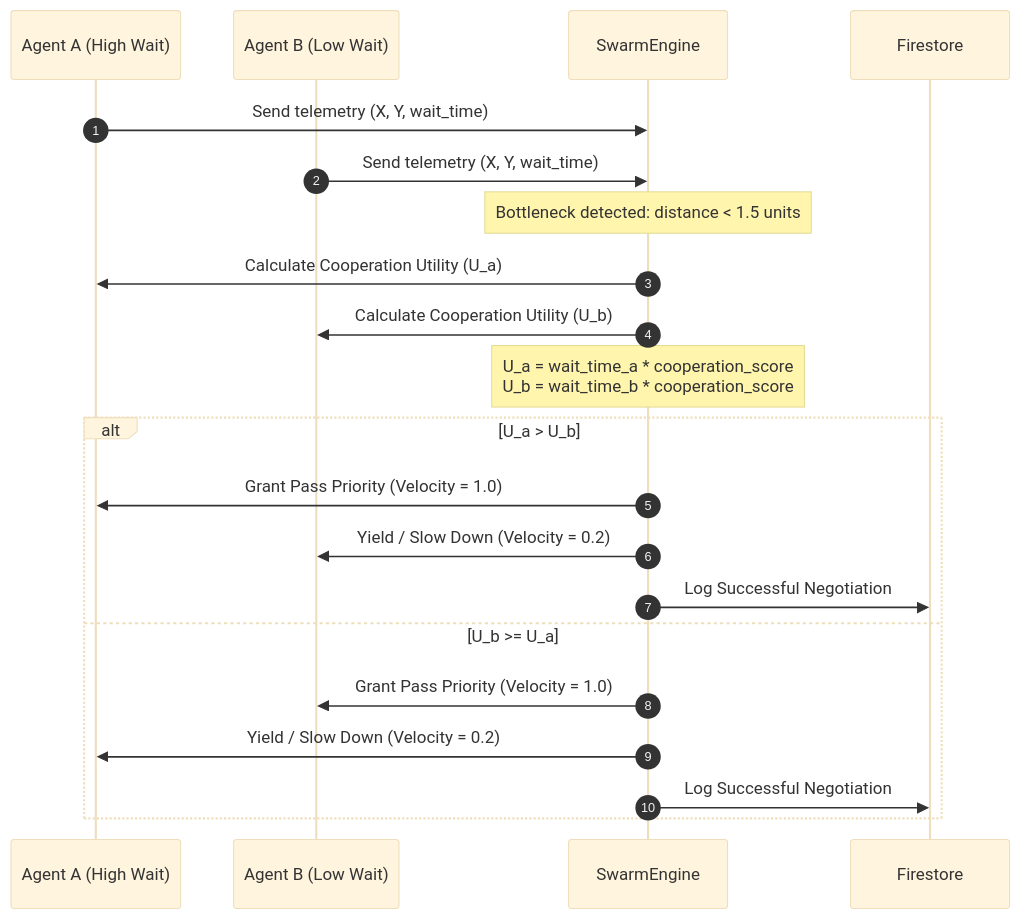
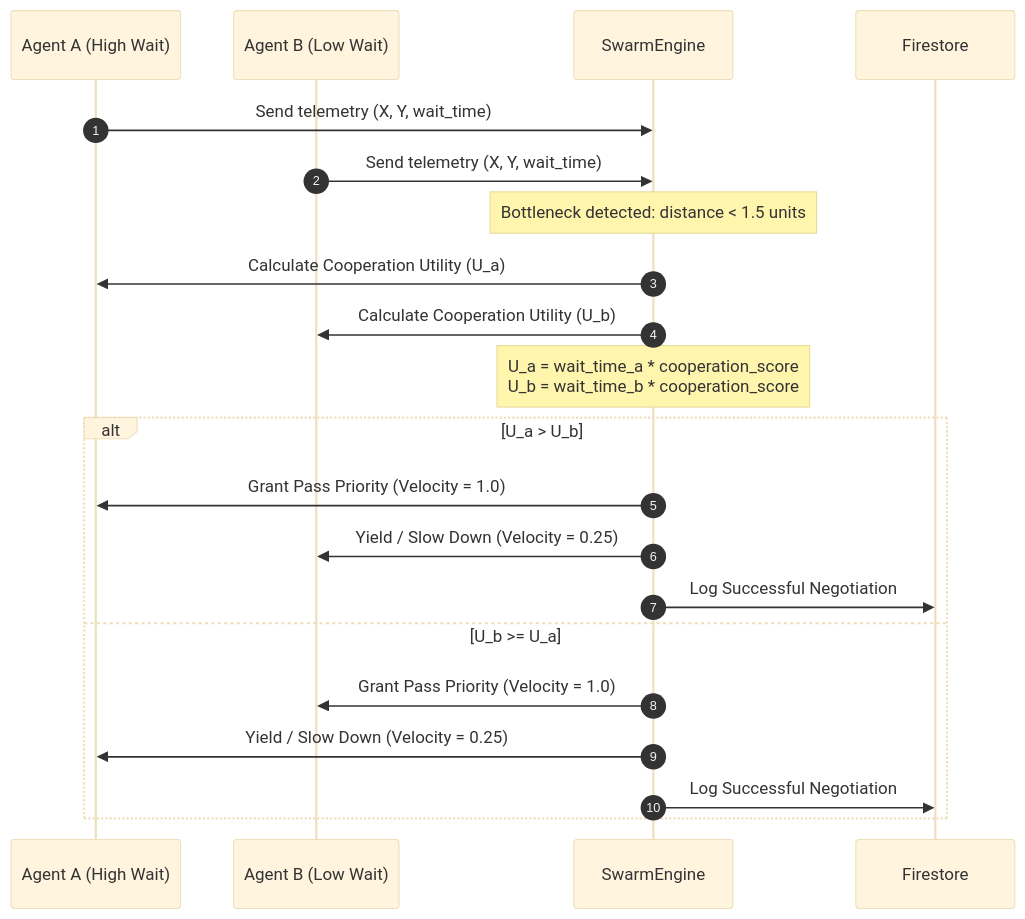
The second of 3 diagrams in README.md (Varshith10121901/Stadium-Controler), drawn with Mermaid (base theme) before and after one commit. The commit also changed other lines of this file and 20 other files, not shown here.

````diff
--- a/README.md
+++ b/README.md
@@ -45,25 +61,25 @@
 ```mermaid
 sequenceDiagram
     autonumber
     participant AgentA as Agent A (High Wait)
     participant AgentB as Agent B (Low Wait)
     participant Engine as SwarmEngine
     participant DB as Firestore
 
     AgentA->>Engine: Send telemetry (X, Y, wait_time)
     AgentB->>Engine: Send telemetry (X, Y, wait_time)
     Note over Engine: Bottleneck detected: distance < 1.5 units
     Engine->>AgentA: Calculate Cooperation Utility (U_a)
     Engine->>AgentB: Calculate Cooperation Utility (U_b)
     
     Note over Engine: U_a = wait_time_a * cooperation_score<br/>U_b = wait_time_b * cooperation_score
     alt U_a > U_b
         Engine->>AgentA: Grant Pass Priority (Velocity = 1.0)
-        Engine->>AgentB: Yield / Slow Down (Velocity = 0.2)
+        Engine->>AgentB: Yield / Slow Down (Velocity = 0.25)
         Engine->>DB: Log Successful Negotiation
     else U_b >= U_a
         Engine->>AgentB: Grant Pass Priority (Velocity = 1.0)
-        Engine->>AgentA: Yield / Slow Down (Velocity = 0.2)
+        Engine->>AgentA: Yield / Slow Down (Velocity = 0.25)
         Engine->>DB: Log Successful Negotiation
     end
 ```
````
